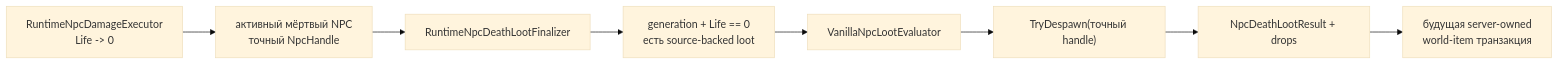
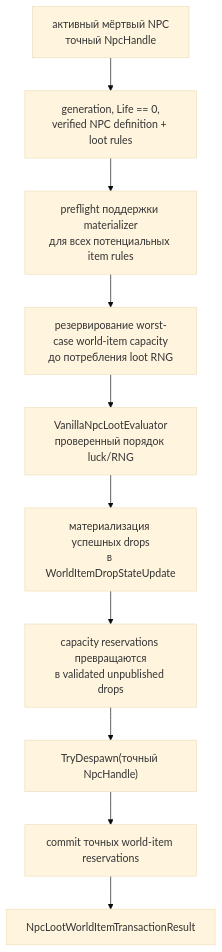
Before and after one commit to VegaKernel/TerraRuntime: the diagram in docs/ru/npc-death-loot-finalization.md, drawn with Mermaid (base theme). The commit also changed other lines of this file and 3 other files, not shown here.

First line of the commit message:
Gameplay: stage NPC loot into server-owned world items

````diff
--- a/docs/ru/npc-death-loot-finalization.md
+++ b/docs/ru/npc-death-loot-finalization.md
@@ -7,10 +12,12 @@
 ```mermaid
-flowchart LR
-    Damage["RuntimeNpcDamageExecutor\nLife -> 0"] --> Dead["активный мёртвый NPC\nточный NpcHandle"]
-    Dead --> Finalizer["RuntimeNpcDeathLootFinalizer"]
-    Finalizer --> Validate["generation + Life == 0\nесть source-backed loot"]
-    Validate --> Loot["VanillaNpcLootEvaluator"]
-    Loot --> Despawn["TryDespawn(точный handle)"]
-    Despawn --> Result["NpcDeathLootResult + drops"]
-    Result --> Future["будущая server-owned\nworld-item транзакция"]
+flowchart TD
+    Dead["активный мёртвый NPC\nточный NpcHandle"] --> Validate["generation, Life == 0,\nverified NPC definition + loot rules"]
+    Validate --> Support["preflight поддержки materializer\nдля всех потенциальных item rules"]
+    Support --> Capacity["резервирование worst-case world-item capacity\nдо потребления loot RNG"]
+    Capacity --> Loot["VanillaNpcLootEvaluator\nпроверенный порядок luck/RNG"]
+    Loot --> Materialize["материализация успешных drops\nв WorldItemDropStateUpdate"]
+    Materialize --> Stage["capacity reservations превращаются\nв validated unpublished drops"]
+    Stage --> Despawn["TryDespawn(точный NpcHandle)"]
+    Despawn --> Commit["commit точных world-item reservations"]
+    Commit --> Result["NpcLootWorldItemTransactionResult"]
 ```
````
